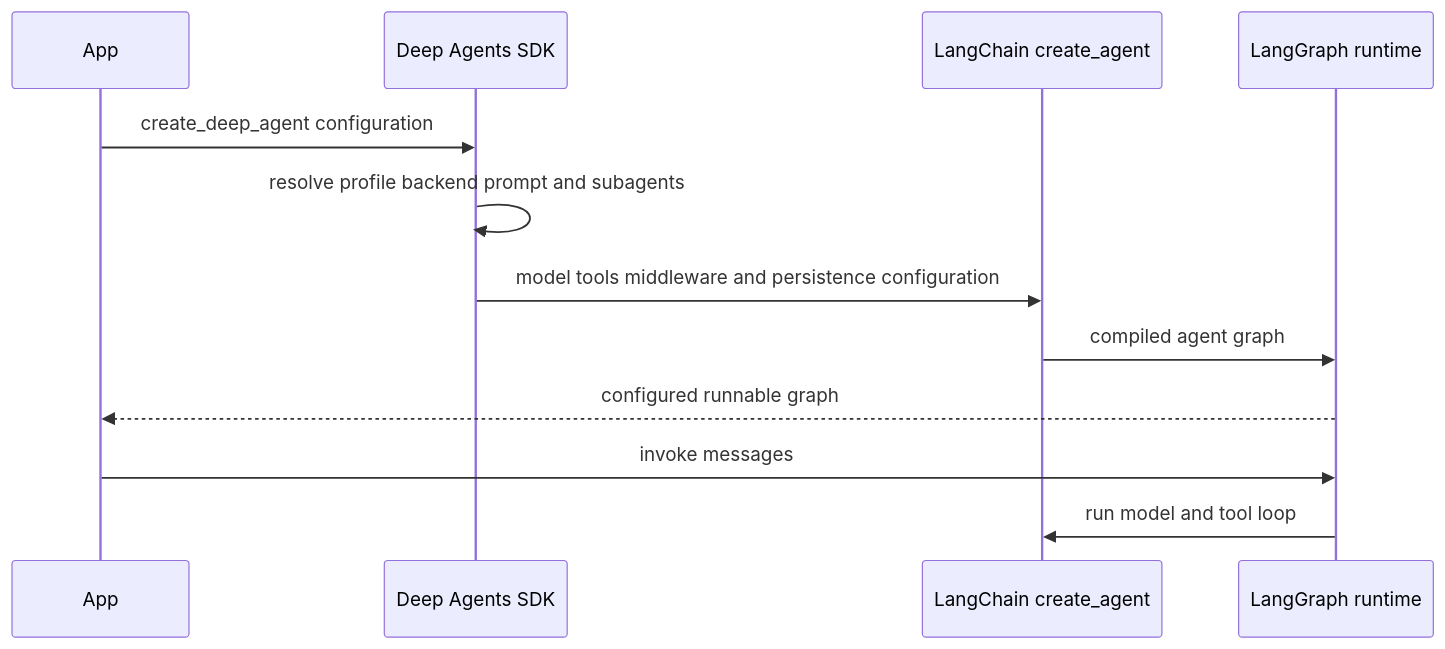
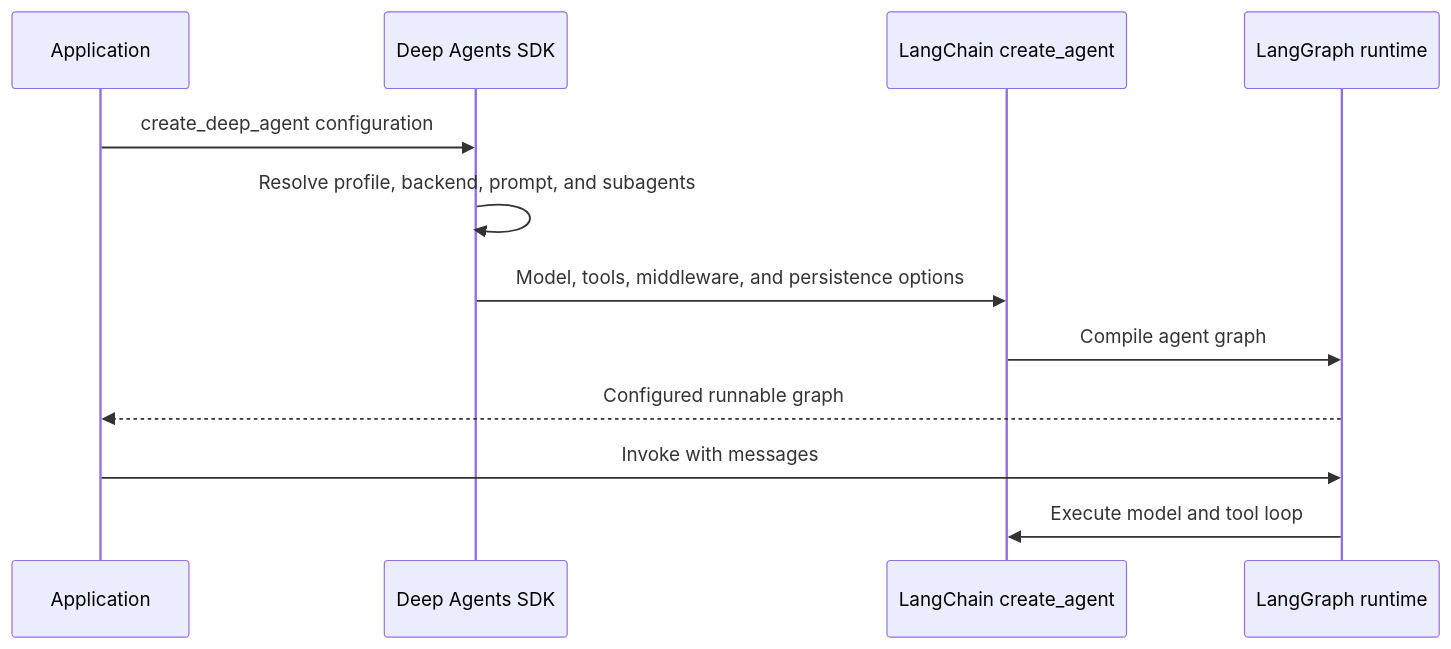
Before and after one commit to langchain-ai/deepagents: the second of 2 diagrams in openwiki/architecture/overview.md, drawn with Mermaid. The commit also changed other lines of this file and 36 other files, not shown here.

````diff
--- a/openwiki/architecture/overview.md
+++ b/openwiki/architecture/overview.md
@@ -73,14 +86,14 @@
 ```mermaid
 sequenceDiagram
-  participant App
+  participant App as Application
   participant SDK as Deep Agents SDK
   participant LC as LangChain create_agent
   participant LG as LangGraph runtime
   App->>SDK: create_deep_agent configuration
-  SDK->>SDK: resolve profile backend prompt and subagents
-  SDK->>LC: model tools middleware and persistence configuration
-  LC->>LG: compiled agent graph
-  LG-->>App: configured runnable graph
-  App->>LG: invoke messages
-  LG->>LC: run model and tool loop
+  SDK->>SDK: Resolve profile, backend, prompt, and subagents
+  SDK->>LC: Model, tools, middleware, and persistence options
+  LC->>LG: Compile agent graph
+  LG-->>App: Configured runnable graph
+  App->>LG: Invoke with messages
+  LG->>LC: Execute model and tool loop
 ```
````
